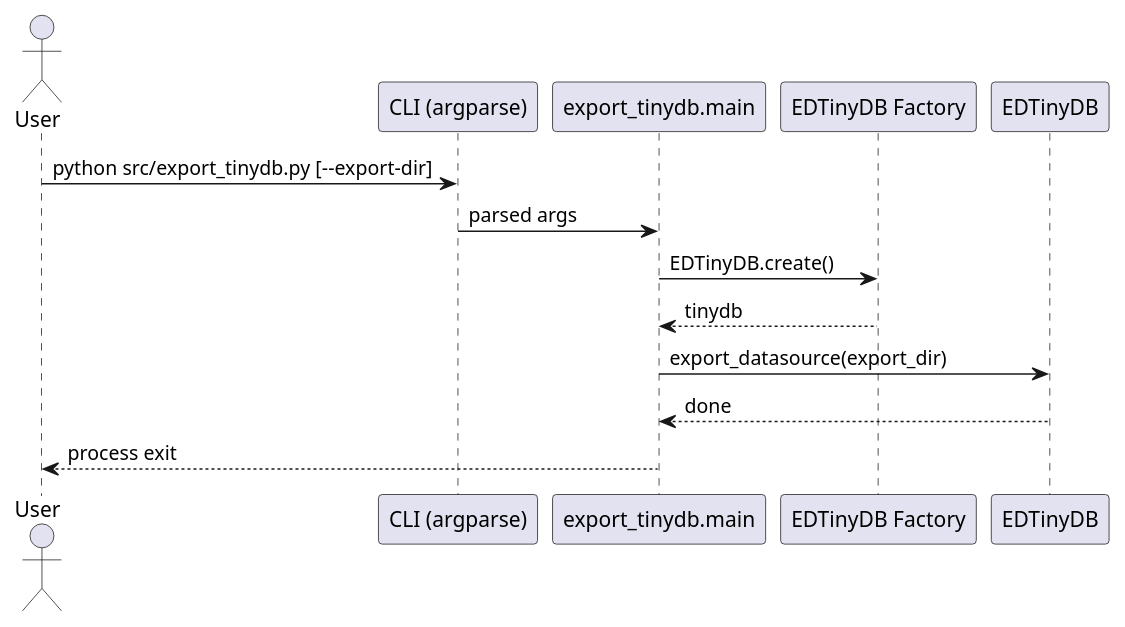
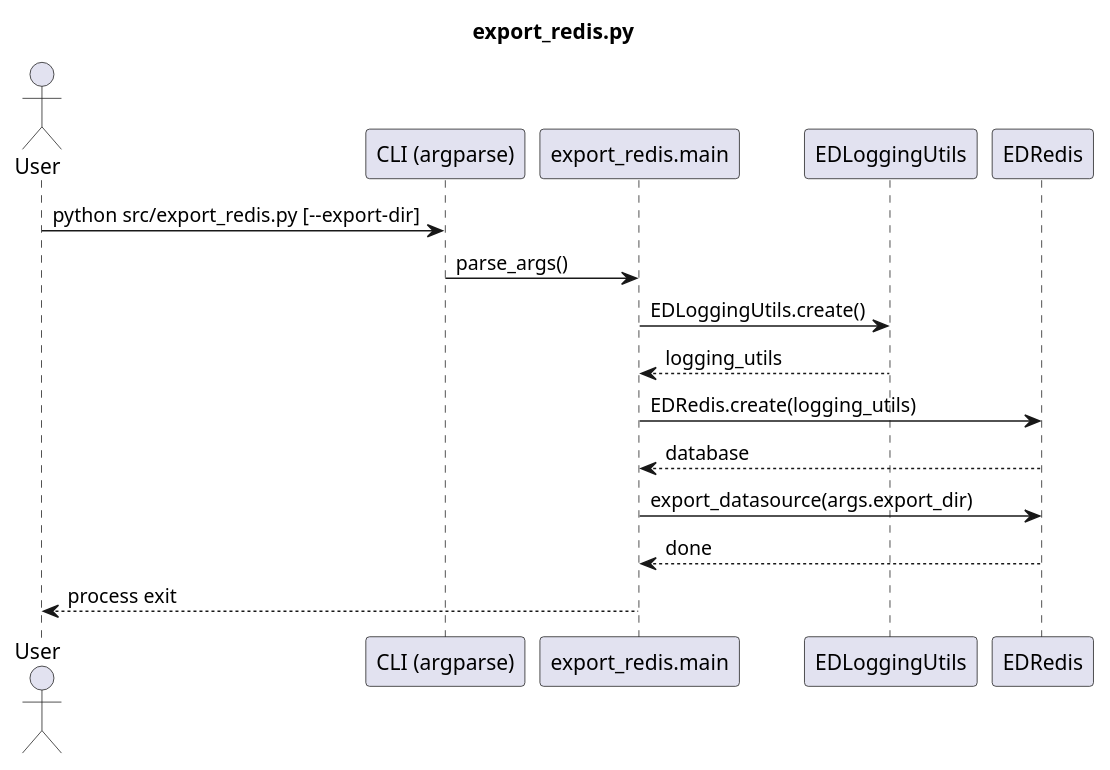
One commit to fazleskhan/elite_dangerous_discord_tools changed the fourth of 4 diagrams in docs/datastore_transfer_sequences.puml. Above: the diagram before and after it, drawn with PlantUML. The commit also changed other lines of this file and 73 other files, not shown here.

Commit message:
updated diagrams, readme, code comments and blacked source

```diff
--- a/docs/datastore_transfer_sequences.puml
+++ b/docs/datastore_transfer_sequences.puml
@@ -49,15 +61,19 @@
-@startuml export_tinydb
+@startuml export_redis
+title export_redis.py
+
 actor User
 participant "CLI (argparse)" as CLI
-participant "export_tinydb.main" as Main
-participant "EDTinyDB Factory" as TinyFactory
-participant "EDTinyDB" as TinyDB
+participant "export_redis.main" as Main
+participant "EDLoggingUtils" as Logging
+participant "EDRedis" as RedisDB
 
-User -> CLI : python src/export_tinydb.py [--export-dir]
-CLI -> Main : parsed args
-Main -> TinyFactory : EDTinyDB.create()
-TinyFactory --> Main : tinydb
-Main -> TinyDB : export_datasource(export_dir)
-TinyDB --> Main : done
+User -> CLI : python src/export_redis.py [--export-dir]
+CLI -> Main : parse_args()
+Main -> Logging : EDLoggingUtils.create()
+Logging --> Main : logging_utils
+Main -> RedisDB : EDRedis.create(logging_utils)
+RedisDB --> Main : database
+Main -> RedisDB : export_datasource(args.export_dir)
+RedisDB --> Main : done
 Main --> User : process exit
 @enduml
```
